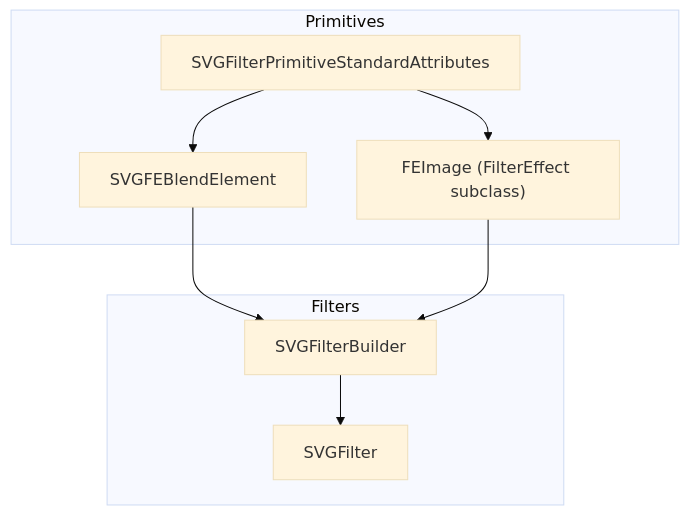
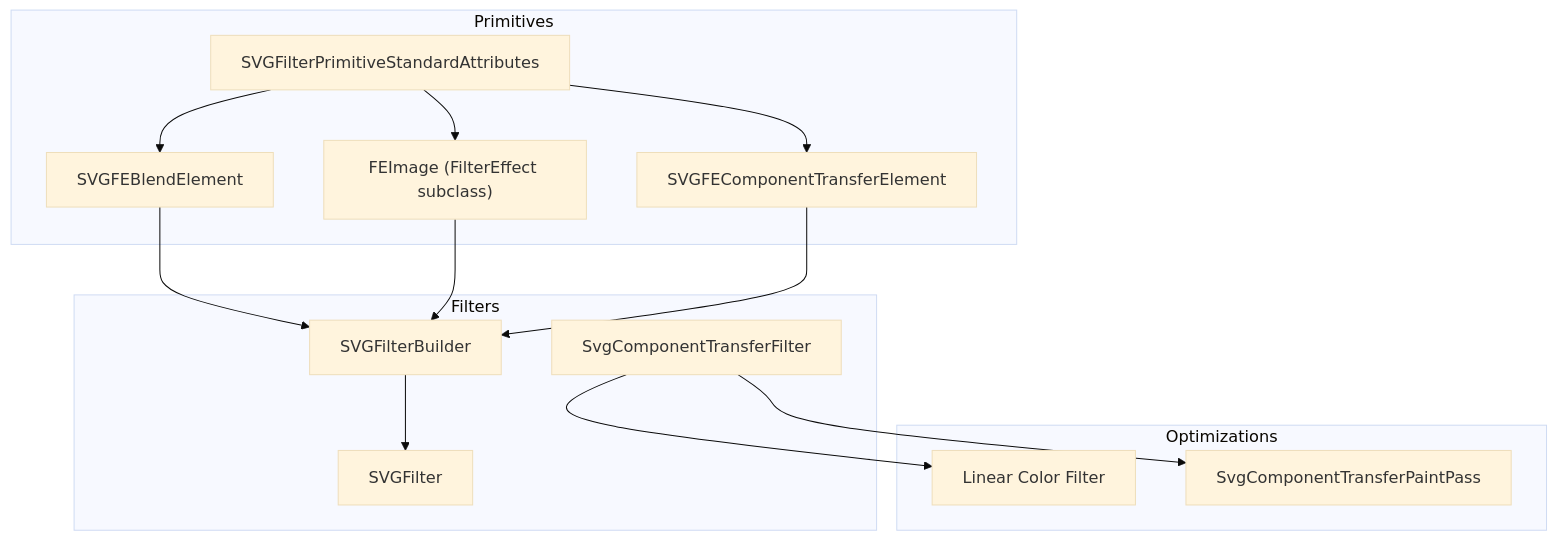
The first of 10 diagrams in .qoder/repowiki/en/content/Animated SVG Support/Advanced Animation Features/SVG Filters and Effects/Filter Architecture and Registry.md (denisnadey/flutter_full_svg_support), drawn with Mermaid (base theme) before and after one commit. The commit also changed other lines of this file and 20 other files, not shown here.

````diff
--- a/.qoder/repowiki/en/content/Animated SVG Support/Advanced Animation Features/SVG Filters and Effects/Filter Architecture and Registry.md
+++ b/.qoder/repowiki/en/content/Animated SVG Support/Advanced Animation Features/SVG Filters and Effects/Filter Architecture and Registry.md
@@ -36,17 +53,27 @@
 ```mermaid
 graph TB
 subgraph "Filters"
 F["SVGFilter"]
 FB["SVGFilterBuilder"]
+CT["SvgComponentTransferFilter"]
 end
 subgraph "Primitives"
 PR["SVGFilterPrimitiveStandardAttributes"]
 P1["SVGFEBlendElement"]
 P2["FEImage (FilterEffect subclass)"]
+P3["SVGFEComponentTransferElement"]
+end
+subgraph "Optimizations"
+LCF["Linear Color Filter"]
+STPP["SvgComponentTransferPaintPass"]
 end
 PR --> P1
 PR --> P2
+PR --> P3
 P1 --> FB
 P2 --> FB
+P3 --> FB
+CT --> LCF
+CT --> STPP
 FB --> F
 ```
````
